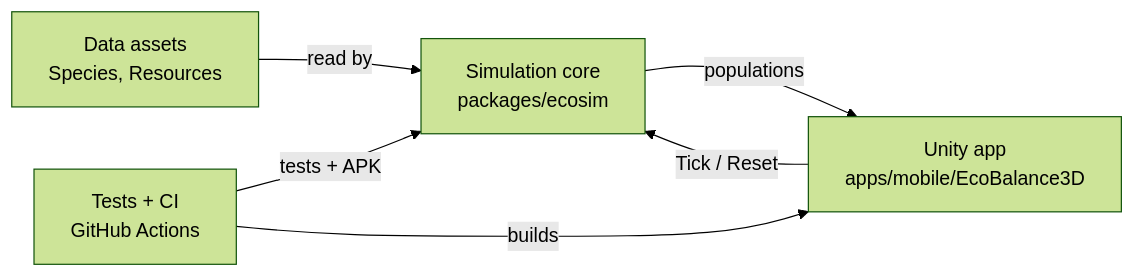
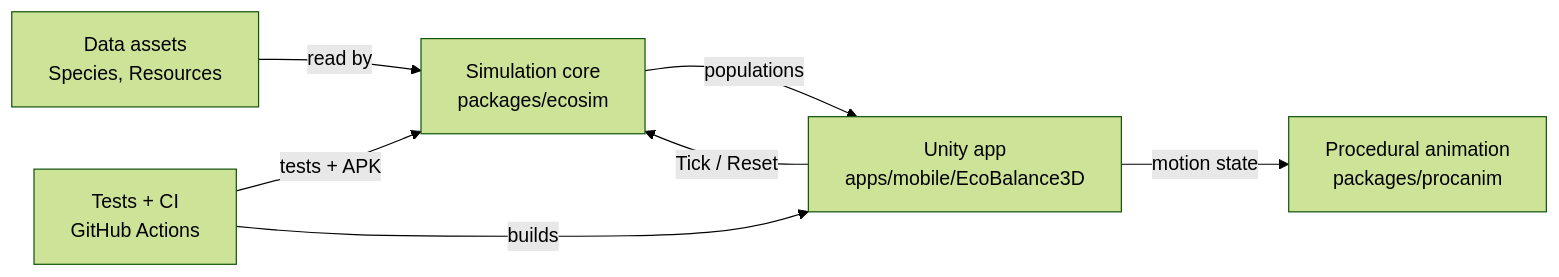
One commit to Jarrodtan/Project_5_99Bugs changed the first of 3 diagrams in docs/architecture.md. Above: the diagram before and after it, drawn with Mermaid (forest theme). The commit also changed other lines of this file and 5 other files, not shown here.

First line of the commit message:
Docs: procedural animation module, spatial grid, nightly CI

````diff
--- a/docs/architecture.md
+++ b/docs/architecture.md
@@ -24,13 +24,15 @@
 ```mermaid
 flowchart LR
     DATA["Data assets<br/>Species, Resources"]
     CORE["Simulation core<br/>packages/ecosim"]
     APP["Unity app<br/>apps/mobile/EcoBalance3D"]
+    ANIM["Procedural animation<br/>packages/procanim"]
     CI["Tests + CI<br/>GitHub Actions"]
 
     DATA -- "read by" --> CORE
     CORE -- "populations" --> APP
     APP -- "Tick / Reset" --> CORE
+    APP -- "motion state" --> ANIM
     CI -- "tests + APK" --> CORE
     CI -- "builds" --> APP
 ```
````
